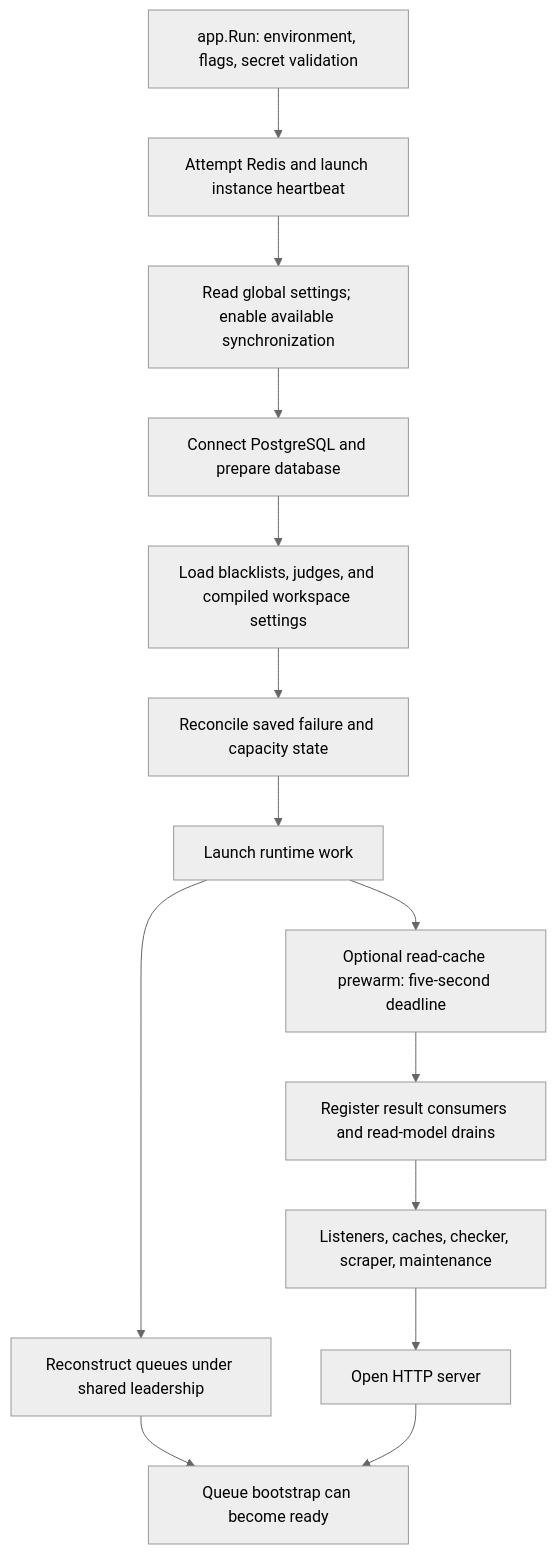
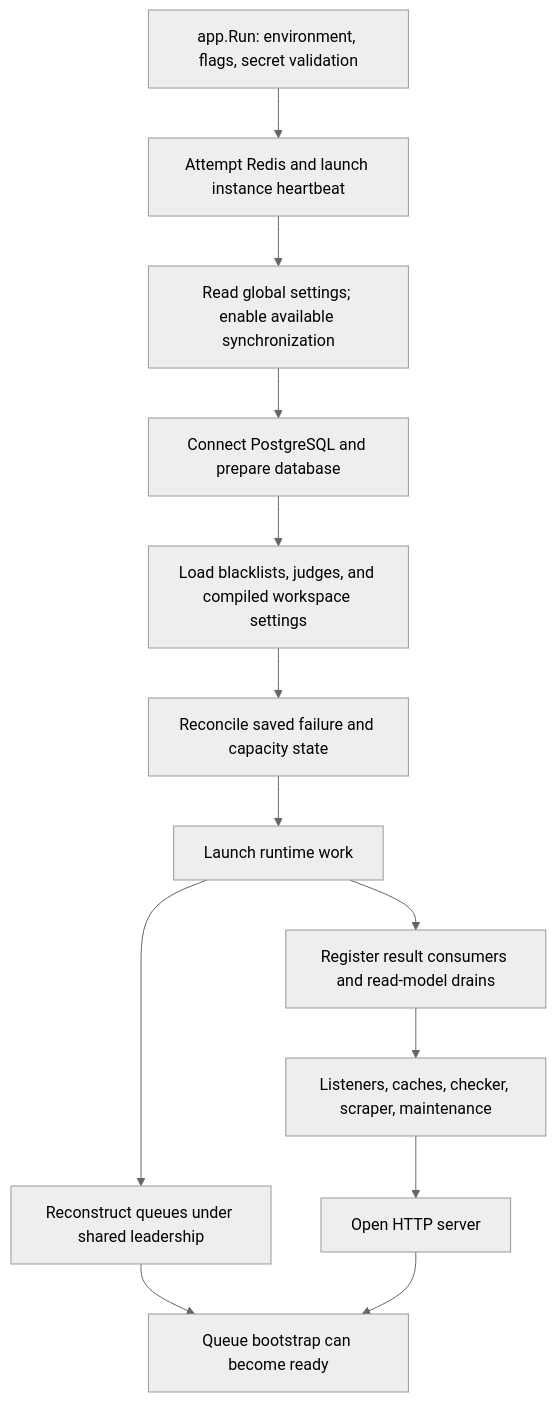
One commit to Magpie-Tools/magpie-docs changed the first of 2 diagrams in docs/backend/startup-and-lifecycle.md. Above: the diagram before and after it, drawn with Mermaid (neutral theme). The commit also changed other lines of this file and 11 other files, not shown here.

````diff
--- a/docs/backend/startup-and-lifecycle.md
+++ b/docs/backend/startup-and-lifecycle.md
@@ -27,18 +27,17 @@
 ```mermaid
 flowchart TD
     accTitle: Backend bootstrap
     accDescr: Application validation leads to settings, database setup, runtime snapshots, and reconciliation. Queue reconstruction and jobs launch before API readiness can complete.
     Entry["app.Run: environment, flags, secret validation"] --> Heartbeat["Attempt Redis and launch instance heartbeat"]
     Heartbeat --> Settings["Read global settings; enable available synchronization"]
     Settings --> DB["Connect PostgreSQL and prepare database"]
     DB --> Prepare["Load blacklists, judges, and compiled workspace settings"]
     Prepare --> Reconcile["Reconcile saved failure and capacity state"]
     Reconcile --> Fork["Launch runtime work"]
     Fork --> Queues["Reconstruct queues under shared leadership"]
-    Fork --> Prewarm["Optional read-cache prewarm: five-second deadline"]
-    Prewarm --> Drains["Register result consumers and read-model drains"]
+    Fork --> Drains["Register result consumers and read-model drains"]
     Drains --> Jobs["Listeners, caches, checker, scraper, maintenance"]
     Jobs --> API["Open HTTP server"]
     Queues --> Ready["Queue bootstrap can become ready"]
     API --> Ready
 ```
````
